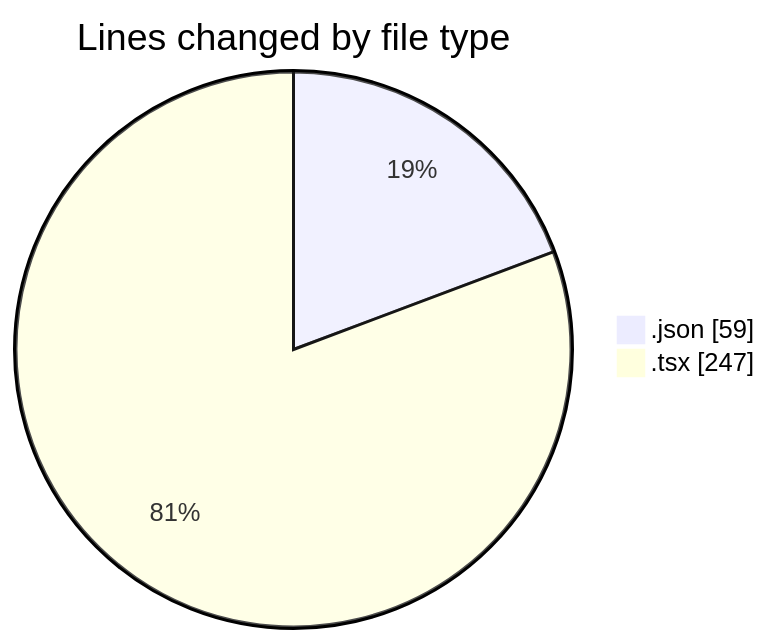
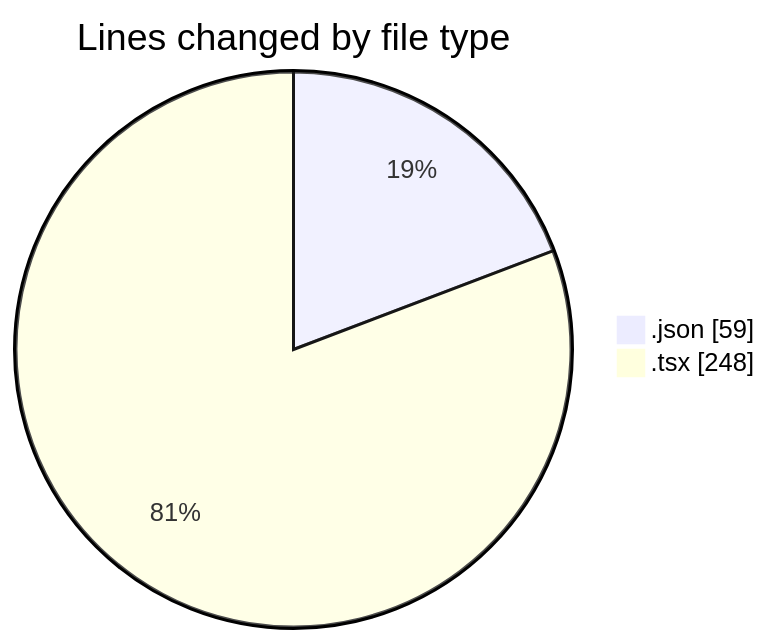
One commit to momahboobian/code-tracking changed the first of 2 diagrams in 2025-11-19/cda/README.md. Above: the diagram before and after it, drawn with Mermaid. The commit also changed other lines of this file and 1 other file, not shown here.

````diff
--- a/2025-11-19/cda/README.md
+++ b/2025-11-19/cda/README.md
@@ -21,6 +21,6 @@
 ```mermaid
 pie showData
 title Lines changed by file type
 ".json" : 59
-".tsx" : 247
+".tsx" : 248
 ```
````
